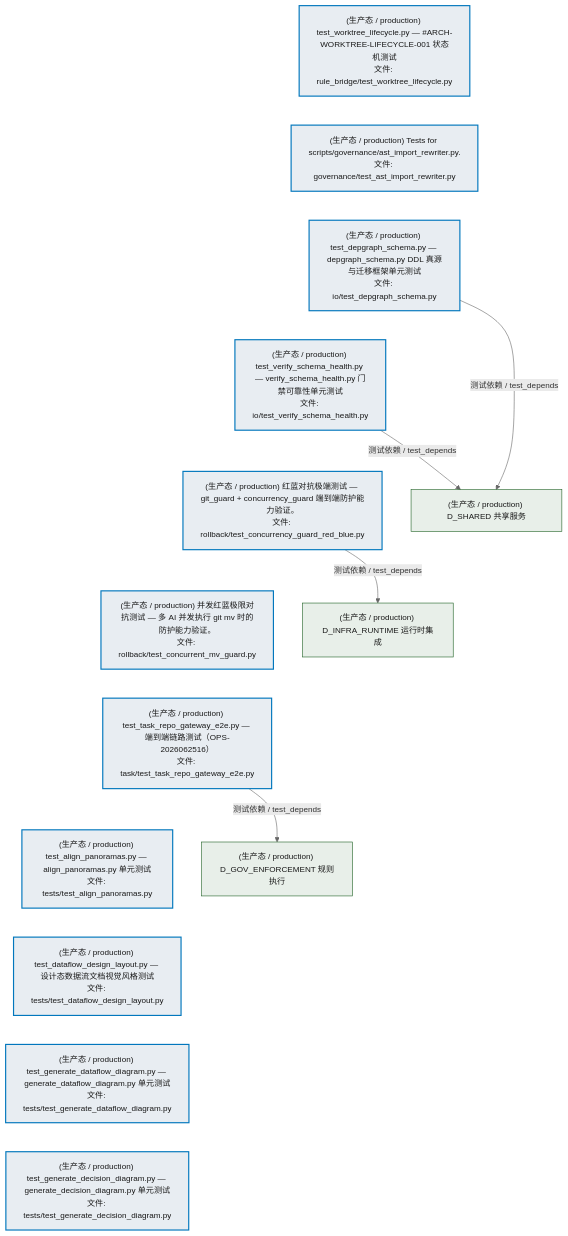
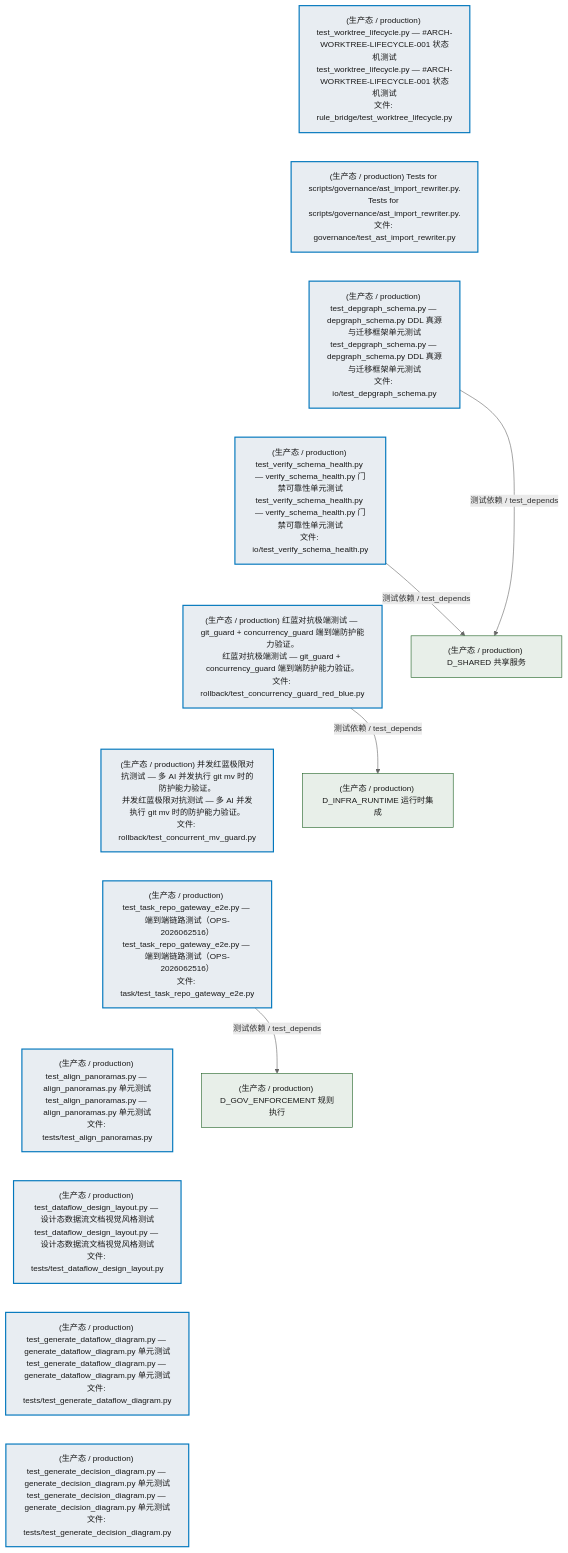
One commit to xuanFelixVan/ZephyrAlpha changed the eighth of 10 diagrams in docs/02_enterprise_architecture/02_domain_architecture_docs/49_d_governance.md. Above: the diagram before and after it, drawn with Mermaid. The commit also changed other lines of this file and 80 other files, not shown here.

First line of the commit message:
chore(reconciler): batched auto-commit (7 reconcilers) by GitCommitGateway post-commit

````diff
--- a/docs/02_enterprise_architecture/02_domain_architecture_docs/49_d_governance.md
+++ b/docs/02_enterprise_architecture/02_domain_architecture_docs/49_d_governance.md
@@ -1122,38 +1124,38 @@
 ```mermaid
 %%{init: {'theme': 'base', 'themeVariables': {'primaryColor': '#eaeaea', 'primaryTextColor': '#333333', 'primaryBorderColor': '#666666', 'lineColor': '#666666', 'secondaryColor': '#eaeaea', 'tertiaryColor': '#eaeaea', 'fontSize': '14px'}}}%%
 flowchart TD
-    tests_governance_rule_bridge_test_worktree_lifecycle_py["(生产态 / production) test_worktree_lifecycle.py — #ARCH-WORKTREE-LIFECYCLE-001 状态机测试<br/>文件: rule_bridge/test_worktree_lifecycle.py"]
-    tests_governance_test_ast_import_rewriter_py["(生产态 / production) Tests for scripts/governance/ast_import_rewriter.py.<br/>文件: governance/test_ast_import_rewriter.py"]
-    tests_io_test_depgraph_schema_py["(生产态 / production) test_depgraph_schema.py — depgraph_schema.py DDL 真源与迁移框架单元测试<br/>文件: io/test_depgraph_schema.py"]
-    tests_io_test_verify_schema_health_py["(生产态 / production) test_verify_schema_health.py — verify_schema_health.py 门禁可靠性单元测试<br/>文件: io/test_verify_schema_health.py"]
-    tests_rollback_test_concurrency_guard_red_blue_py["(生产态 / production) 红蓝对抗极端测试 — git_guard + concurrency_guard 端到端防护能力验证。<br/>文件: rollback/test_concurrency_guard_red_blue.py"]
-    tests_rollback_test_concurrent_mv_guard_py["(生产态 / production) 并发红蓝极限对抗测试 — 多 AI 并发执行 git mv 时的防护能力验证。<br/>文件: rollback/test_concurrent_mv_guard.py"]
-    tests_task_test_task_repo_gateway_e2e_py["(生产态 / production) test_task_repo_gateway_e2e.py — 端到端链路测试（OPS-2026062516）<br/>文件: task/test_task_repo_gateway_e2e.py"]
-    tests_test_align_panoramas_py["(生产态 / production) test_align_panoramas.py — align_panoramas.py 单元测试<br/>文件: tests/test_align_panoramas.py"]
-    tests_test_dataflow_design_layout_py["(生产态 / production) test_dataflow_design_layout.py — 设计态数据流文档视觉风格测试<br/>文件: tests/test_dataflow_design_layout.py"]
-    tests_test_generate_dataflow_diagram_py["(生产态 / production) test_generate_dataflow_diagram.py — generate_dataflow_diagram.py 单元测试<br/>文件: tests/test_generate_dataflow_diagram.py"]
-    tests_test_generate_decision_diagram_py["(生产态 / production) test_generate_decision_diagram.py — generate_decision_diagram.py 单元测试<br/>文件: tests/test_generate_decision_diagram.py"]
+    tests_governance_rule_bridge_test_worktree_lifecycle_py["(生产态 / production) test_worktree_lifecycle.py — #ARCH-WORKTREE-LIFECYCLE-001 状态机测试<br/>test_worktree_lifecycle.py — #ARCH-WORKTREE-LIFECYCLE-001 状态机测试<br/>文件: rule_bridge/test_worktree_lifecycle.py"]
+    tests_governance_test_ast_import_rewriter_py["(生产态 / production) Tests for scripts/governance/ast_import_rewriter.py.<br/>Tests for scripts/governance/ast_import_rewriter.py.<br/>文件: governance/test_ast_import_rewriter.py"]
+    tests_io_test_depgraph_schema_py["(生产态 / production) test_depgraph_schema.py — depgraph_schema.py DDL 真源与迁移框架单元测试<br/>test_depgraph_schema.py — depgraph_schema.py DDL 真源与迁移框架单元测试<br/>文件: io/test_depgraph_schema.py"]
+    tests_io_test_verify_schema_health_py["(生产态 / production) test_verify_schema_health.py — verify_schema_health.py 门禁可靠性单元测试<br/>test_verify_schema_health.py — verify_schema_health.py 门禁可靠性单元测试<br/>文件: io/test_verify_schema_health.py"]
+    tests_rollback_test_concurrency_guard_red_blue_py["(生产态 / production) 红蓝对抗极端测试 — git_guard + concurrency_guard 端到端防护能力验证。<br/>红蓝对抗极端测试 — git_guard + concurrency_guard 端到端防护能力验证。<br/>文件: rollback/test_concurrency_guard_red_blue.py"]
+    tests_rollback_test_concurrent_mv_guard_py["(生产态 / production) 并发红蓝极限对抗测试 — 多 AI 并发执行 git mv 时的防护能力验证。<br/>并发红蓝极限对抗测试 — 多 AI 并发执行 git mv 时的防护能力验证。<br/>文件: rollback/test_concurrent_mv_guard.py"]
+    tests_task_test_task_repo_gateway_e2e_py["(生产态 / production) test_task_repo_gateway_e2e.py — 端到端链路测试（OPS-2026062516）<br/>test_task_repo_gateway_e2e.py — 端到端链路测试（OPS-2026062516）<br/>文件: task/test_task_repo_gateway_e2e.py"]
+    tests_test_align_panoramas_py["(生产态 / production) test_align_panoramas.py — align_panoramas.py 单元测试<br/>test_align_panoramas.py — align_panoramas.py 单元测试<br/>文件: tests/test_align_panoramas.py"]
+    tests_test_dataflow_design_layout_py["(生产态 / production) test_dataflow_design_layout.py — 设计态数据流文档视觉风格测试<br/>test_dataflow_design_layout.py — 设计态数据流文档视觉风格测试<br/>文件: tests/test_dataflow_design_layout.py"]
+    tests_test_generate_dataflow_diagram_py["(生产态 / production) test_generate_dataflow_diagram.py — generate_dataflow_diagram.py 单元测试<br/>test_generate_dataflow_diagram.py — generate_dataflow_diagram.py 单元测试<br/>文件: tests/test_generate_dataflow_diagram.py"]
+    tests_test_generate_decision_diagram_py["(生产态 / production) test_generate_decision_diagram.py — generate_decision_diagram.py 单元测试<br/>test_generate_decision_diagram.py — generate_decision_diagram.py 单元测试<br/>文件: tests/test_generate_decision_diagram.py"]
     tests_governance_rule_bridge_test_worktree_lifecycle_py ~~~ tests_governance_test_ast_import_rewriter_py
     tests_governance_test_ast_import_rewriter_py ~~~ tests_io_test_depgraph_schema_py
     tests_io_test_depgraph_schema_py ~~~ tests_io_test_verify_schema_health_py
     tests_io_test_verify_schema_health_py ~~~ tests_rollback_test_concurrency_guard_red_blue_py
     tests_rollback_test_concurrency_guard_red_blue_py ~~~ tests_rollback_test_concurrent_mv_guard_py
     tests_rollback_test_concurrent_mv_guard_py ~~~ tests_task_test_task_repo_gateway_e2e_py
     tests_task_test_task_repo_gateway_e2e_py ~~~ tests_test_align_panoramas_py
     tests_test_align_panoramas_py ~~~ tests_test_dataflow_design_layout_py
     tests_test_dataflow_design_layout_py ~~~ tests_test_generate_dataflow_diagram_py
     tests_test_generate_dataflow_diagram_py ~~~ tests_test_generate_decision_diagram_py
+    D_SHARED["(生产态 / production) D_SHARED 共享服务"]
+    tests_io_test_depgraph_schema_py -->|测试依赖 / test_depends| D_SHARED
     D_GOV_ENFORCEMENT["(生产态 / production) D_GOV_ENFORCEMENT 规则执行"]
     tests_task_test_task_repo_gateway_e2e_py -->|测试依赖 / test_depends| D_GOV_ENFORCEMENT
-    D_SHARED["(生产态 / production) D_SHARED 共享服务"]
     tests_io_test_verify_schema_health_py -->|测试依赖 / test_depends| D_SHARED
     D_INFRA_RUNTIME["(生产态 / production) D_INFRA_RUNTIME 运行时集成"]
     tests_rollback_test_concurrency_guard_red_blue_py -->|测试依赖 / test_depends| D_INFRA_RUNTIME
-    tests_io_test_depgraph_schema_py -->|测试依赖 / test_depends| D_SHARED
     classDef production fill:#e8edf2,stroke:#0277bd,stroke-width:2px,color:#1a1a1a
     classDef design fill:#f0ebe3,stroke:#bf360c,stroke-width:2px,color:#1a1a1a,stroke-dasharray: 5 5
     classDef external_prod fill:#e8efe9,stroke:#1b5e20,stroke-width:1px,color:#1a1a1a
     classDef external_design fill:#efe5ea,stroke:#880e4f,stroke-width:1px,color:#1a1a1a,stroke-dasharray: 5 5
     class tests_governance_rule_bridge_test_worktree_lifecycle_py,tests_governance_test_ast_import_rewriter_py,tests_io_test_depgraph_schema_py,tests_io_test_verify_schema_health_py,tests_rollback_test_concurrency_guard_red_blue_py,tests_rollback_test_concurrent_mv_guard_py,tests_task_test_task_repo_gateway_e2e_py,tests_test_align_panoramas_py,tests_test_dataflow_design_layout_py,tests_test_generate_dataflow_diagram_py,tests_test_generate_decision_diagram_py production
-    class D_GOV_ENFORCEMENT,D_SHARED,D_INFRA_RUNTIME external_prod
+    class D_SHARED,D_GOV_ENFORCEMENT,D_INFRA_RUNTIME external_prod
 ```
````
